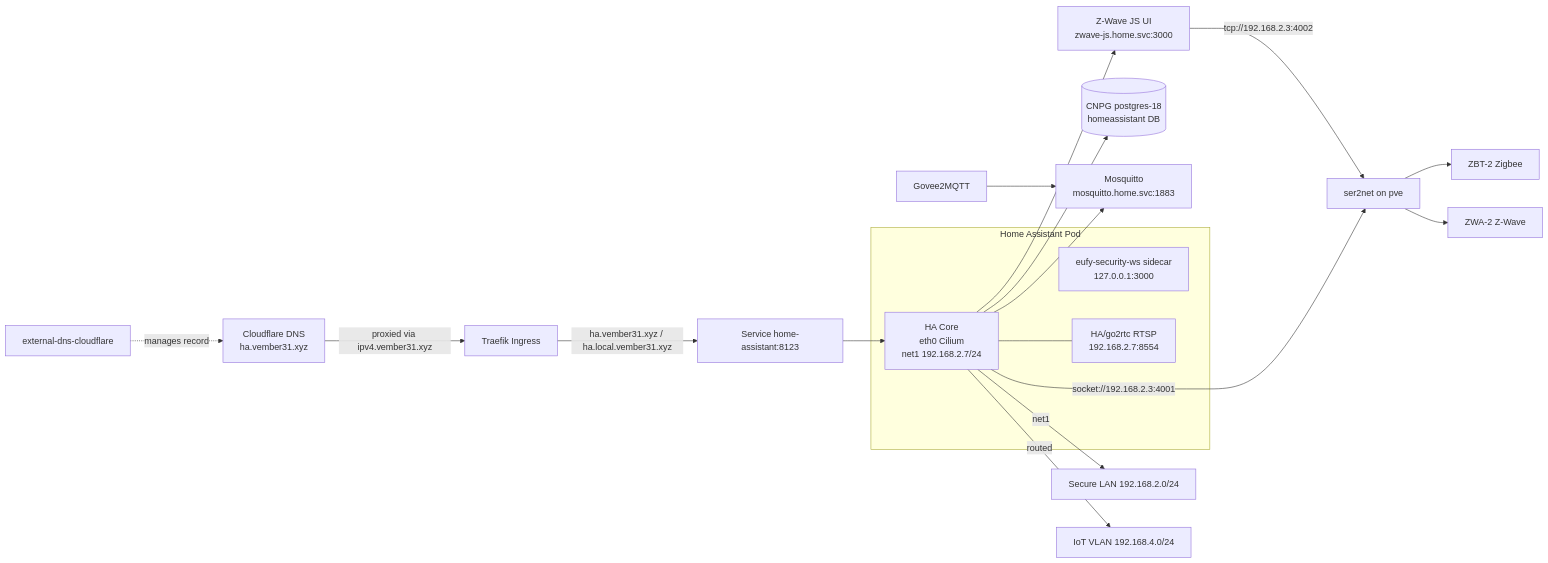
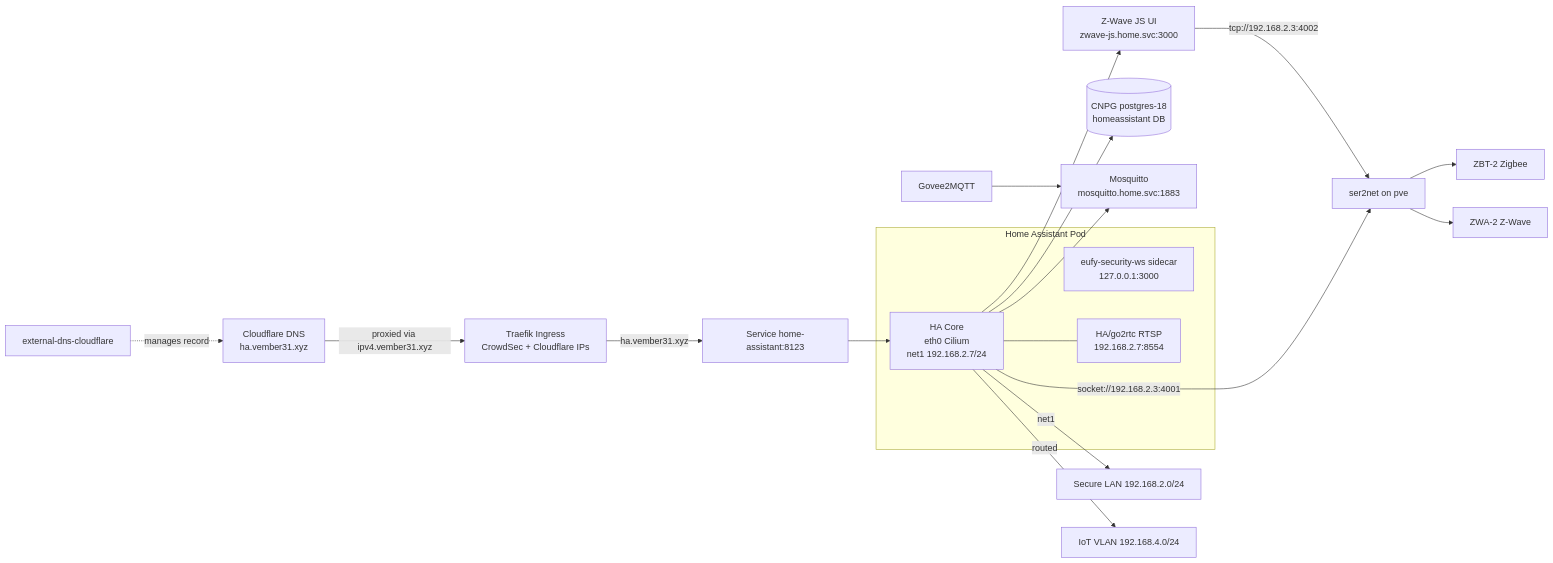
The diagram in docs/runbooks/home-assistant-kubernetes-migration.md (vember31/home-ops), drawn with Mermaid before and after one commit. The commit also changed other lines of this file and 3 other files, not shown here.

First line of the commit message:
docs(home-assistant): add GitOps config and public-only ingress

````diff
--- a/docs/runbooks/home-assistant-kubernetes-migration.md
+++ b/docs/runbooks/home-assistant-kubernetes-migration.md
@@ -251,25 +256,25 @@
 ```mermaid
 flowchart LR
-    CD[Cloudflare DNS<br/>ha.vember31.xyz] -->|proxied via ipv4.vember31.xyz| TR[Traefik Ingress]
+    CD[Cloudflare DNS<br/>ha.vember31.xyz] -->|proxied via ipv4.vember31.xyz| TR[Traefik Ingress<br/>CrowdSec + Cloudflare IPs]
     ED[external-dns-cloudflare] -. manages record .-> CD
-    TR -->|ha.vember31.xyz / ha.local.vember31.xyz| SVC[Service home-assistant:8123]
+    TR -->|ha.vember31.xyz| SVC[Service home-assistant:8123]
     SVC --> HA
 
     subgraph POD[Home Assistant Pod]
         HA[HA Core<br/>eth0 Cilium<br/>net1 192.168.2.7/24]
         EU[eufy-security-ws sidecar<br/>127.0.0.1:3000]
         RTSP[HA/go2rtc RTSP<br/>192.168.2.7:8554]
         HA --- RTSP
     end
 
     HA --> PG[(CNPG postgres-18<br/>homeassistant DB)]
     HA --> MQ[Mosquitto<br/>mosquitto.home.svc:1883]
     HA --> ZW[Z-Wave JS UI<br/>zwave-js.home.svc:3000]
     HA -->|socket://192.168.2.3:4001| SG[ser2net on pve]
     ZW -->|tcp://192.168.2.3:4002| SG
     SG --> ZBT[ZBT-2 Zigbee]
     SG --> ZWA[ZWA-2 Z-Wave]
     G[Govee2MQTT] --> MQ
     HA -->|net1| LAN[Secure LAN 192.168.2.0/24]
     HA -->|routed| IOT[IoT VLAN 192.168.4.0/24]
 ```
````
